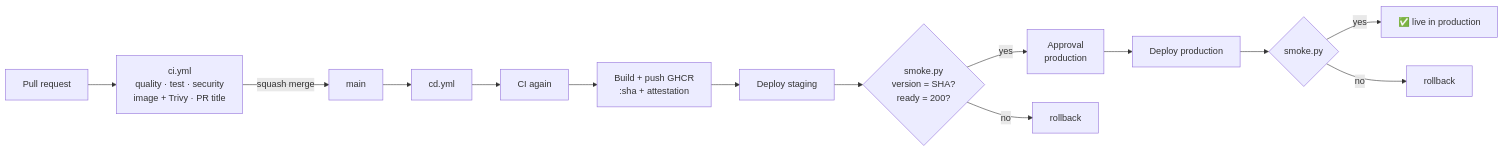
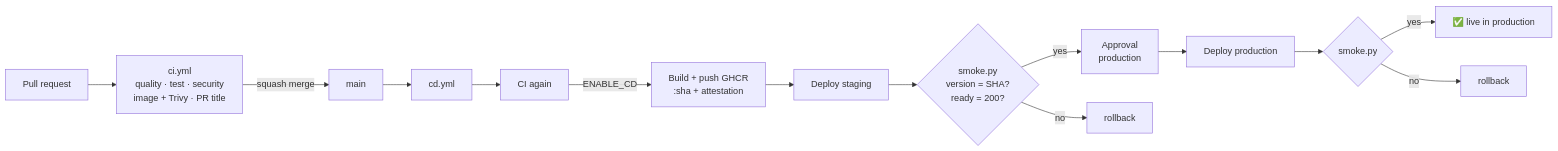
One commit to spassos/codex-harness-template changed the fourth of 4 diagrams in README.md. Above: the diagram before and after it, drawn with Mermaid. The commit also changed other lines of this file and 16 other files, not shown here.

````diff
--- a/README.md
+++ b/README.md
@@ -298,16 +297,16 @@
 ```mermaid
 flowchart LR
   PR[Pull request] --> CI[ci.yml<br/>quality · test · security<br/>image + Trivy · PR title]
   CI -->|squash merge| M[main]
   M --> CD[cd.yml]
   CD --> CI2[CI again]
-  CI2 --> B[Build + push GHCR<br/>:sha + attestation]
+  CI2 -->|ENABLE_CD| B[Build + push GHCR<br/>:sha + attestation]
   B --> ST[Deploy staging]
   ST --> V1{smoke.py<br/>version = SHA?<br/>ready = 200?}
   V1 -->|yes| PA[Approval<br/>production]
   V1 -->|no| RB1[rollback]
   PA --> PD[Deploy production]
   PD --> V2{smoke.py}
   V2 -->|yes| OK[✅ live in production]
   V2 -->|no| RB2[rollback]
 ```
````
